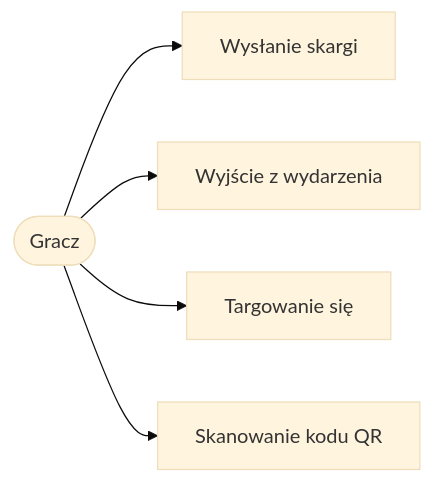
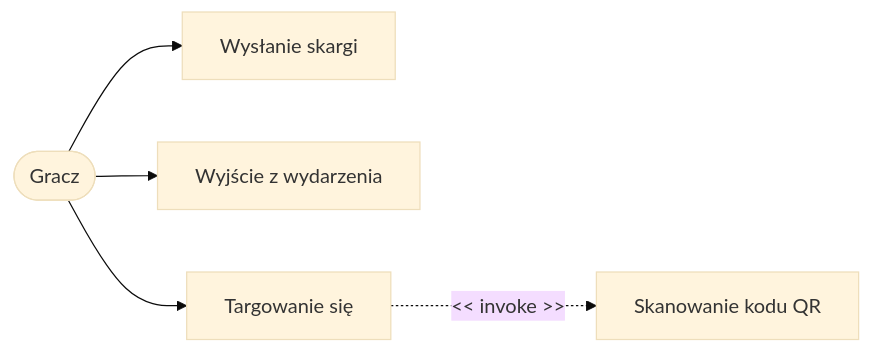
The sixth of 12 diagrams in README.md (lzajka/project_iwo), drawn with Mermaid (base theme) before and after one commit.

````diff
--- a/README.md
+++ b/README.md
@@ -1287,14 +1287,14 @@
 ```mermaid
 flowchart LR
     Player([Gracz])
 
     u1["Wysłanie skargi"]
     u2["Wyjście z wydarzenia"]
     u3["Targowanie się"]
     u4["Skanowanie kodu QR"]
 
     Player --> u1
     Player --> u2
     Player --> u3
-    Player --> u4
+    u3-.->|<< invoke >>|u4
 ```
````
